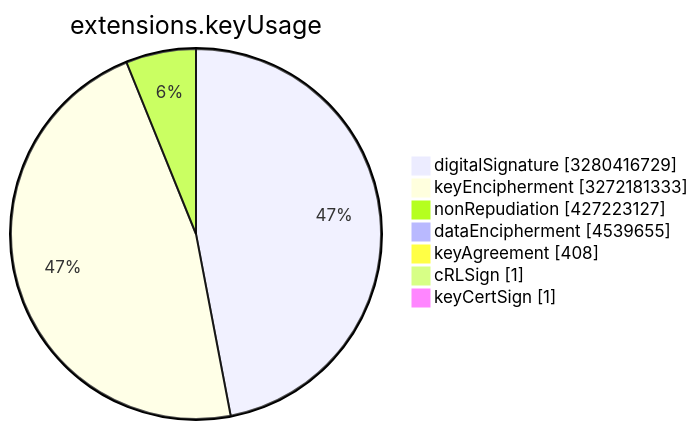
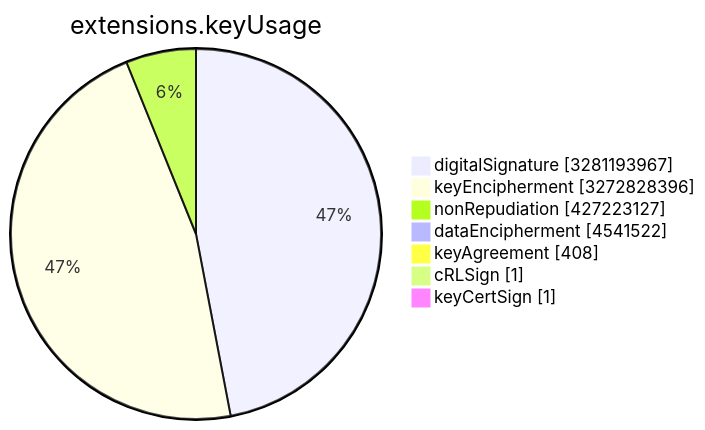
Before and after one commit to christiankrug/ctmonitor_visualization: the sixth of 15 diagrams in TOTAL/README.md, drawn with Mermaid. The commit also changed other lines of this file, not shown here.

````diff
--- a/TOTAL/README.md
+++ b/TOTAL/README.md
@@ -3078,11 +3078,11 @@
 ```mermaid
 pie showData
 title extensions.keyUsage
-"digitalSignature" :3280416729
-"keyEncipherment" :3272181333
+"digitalSignature" :3281193967
+"keyEncipherment" :3272828396
 "nonRepudiation" :427223127
-"dataEncipherment" :4539655
+"dataEncipherment" :4541522
 "keyAgreement" :408
 "cRLSign" :1
 "keyCertSign" :1
 ```
````
